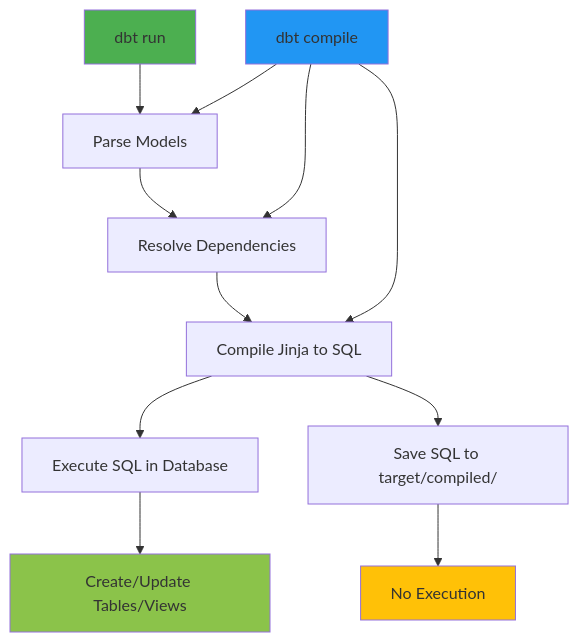
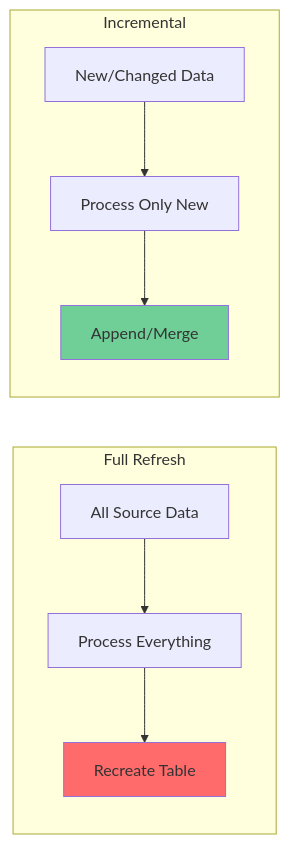
One commit to HemantSahuGit/data-engineering-notes changed diagram 14 of 17 in DBT/dbt_airbnb.md. Above: the diagram before and after it, drawn with Mermaid. The commit also changed other lines of this file, not shown here.

````diff
--- a/DBT/dbt_airbnb.md
+++ b/DBT/dbt_airbnb.md
@@ -821,19 +2266,13 @@
-  ```mermaid
-  graph TD
-      A[dbt run] --> B[Parse Models]
-      B --> C[Resolve Dependencies]
-      C --> D[Compile Jinja to SQL]
-      D --> E[Execute SQL in Database]
-      E --> F[Create/Update Tables/Views]
-
-      G[dbt compile] --> B
-      G --> C
-      G --> D
-      D --> H[Save SQL to target/compiled/]
-      H --> I[No Execution]
-
-      style A fill:#4caf50
-      style G fill:#2196f3
-      style F fill:#8bc34a
-      style I fill:#ffc107
-  ```
+```mermaid
+graph LR
+    subgraph "Full Refresh"
+        A1[All Source Data] --> B1[Process Everything] --> C1[Recreate Table]
+    end
+    
+    subgraph "Incremental"
+        A2[New/Changed Data] --> B2[Process Only New] --> C2[Append/Merge]
+    end
+    
+    style C1 fill:#FF6B6B
+    style C2 fill:#6FCF97
+```
````
